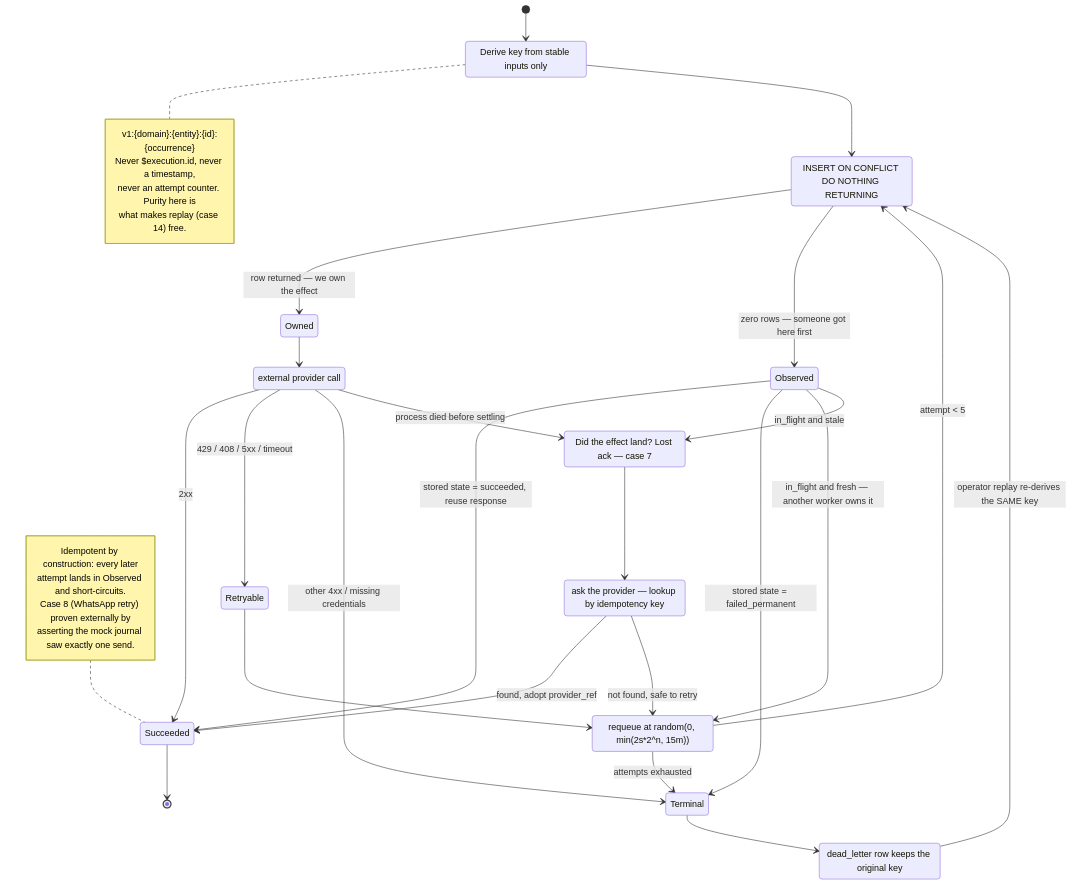
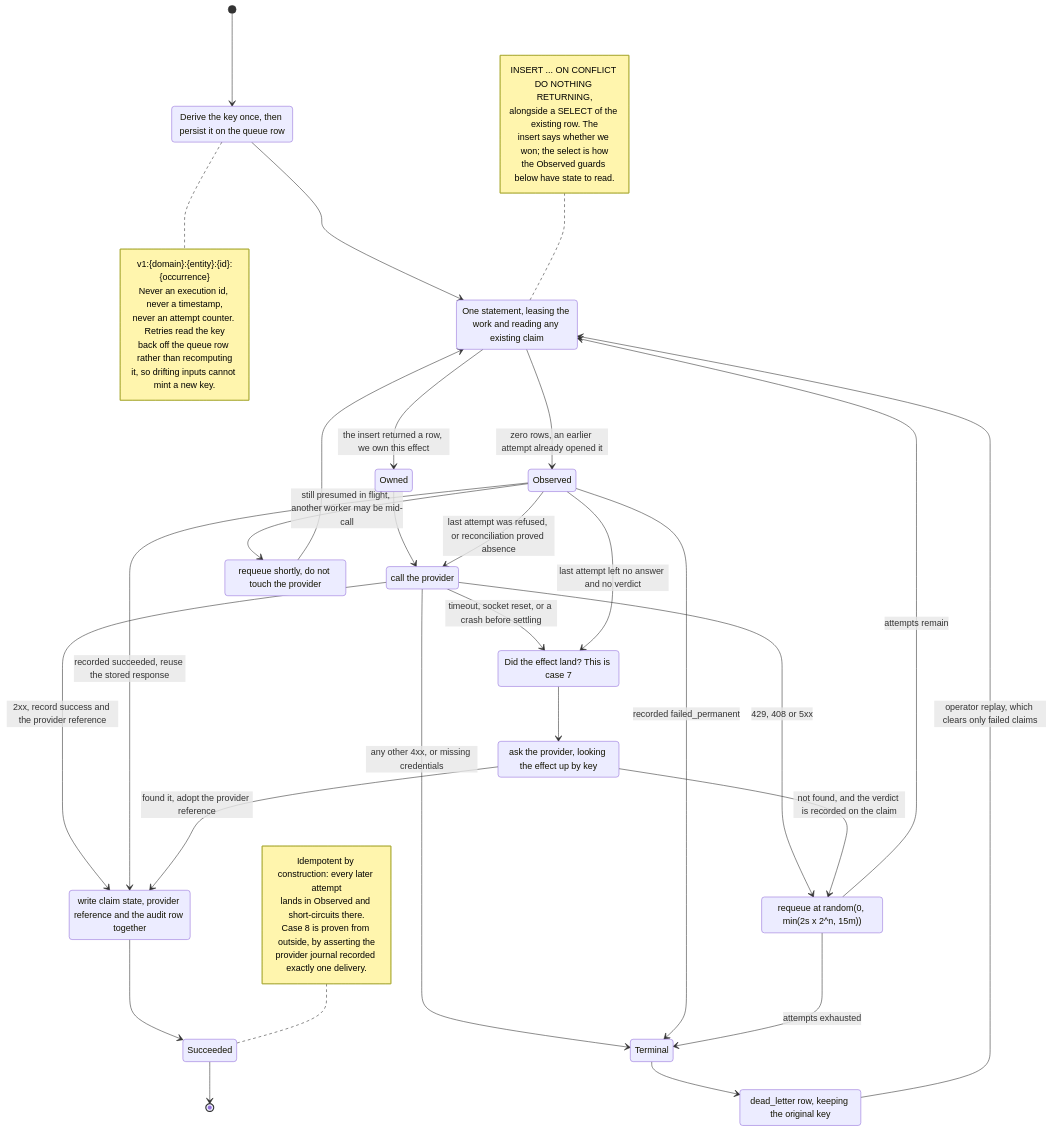
Before and after one commit to abokhalill/n8n: the diagram in 04_Architecture/idempotency-claim-lifecycle.mmd, drawn with Mermaid. The commit also changed 44 other files, not shown here.

Commit message:
fix: a send that times out was silently never delivered

```diff
--- a/04_Architecture/idempotency-claim-lifecycle.mmd
+++ b/04_Architecture/idempotency-claim-lifecycle.mmd
@@ -1,57 +1,72 @@
-%% Outbound effect lifecycle — the claim/commit/reconcile protocol.
-%% This is the mechanism behind edge cases 7, 8, 11 and 14.
+%% How one outbound effect is claimed, performed and settled. This is the mechanism
+%% behind edge cases 7, 8, 11 and 14, and it mirrors what wf-20 and wf-21 actually do.
+%% Guards out of Observed are evaluated in the order written, top to bottom.
 stateDiagram-v2
     direction TB
 
     [*] --> Deriving
 
-    Deriving: Derive key from stable inputs only
+    Deriving: Derive the key once, then persist it on the queue row
     note right of Deriving
       v1:{domain}:{entity}:{id}:{occurrence}
-      Never $execution.id, never a timestamp,
-      never an attempt counter. Purity here is
-      what makes replay (case 14) free.
+      Never an execution id, never a timestamp,
+      never an attempt counter. Retries read the key
+      back off the queue row rather than recomputing
+      it, so drifting inputs cannot mint a new key.
     end note
 
     Deriving --> Claiming
 
-    Claiming: INSERT ON CONFLICT DO NOTHING RETURNING
-    Claiming --> Owned: row returned — we own the effect
-    Claiming --> Observed: zero rows — someone got here first
+    Claiming: One statement, leasing the work and reading any existing claim
+    note left of Claiming
+      INSERT ... ON CONFLICT DO NOTHING RETURNING,
+      alongside a SELECT of the existing row. The
+      insert says whether we won; the select is how
+      the Observed guards below have state to read.
+    end note
+
+    Claiming --> Owned: the insert returned a row, we own this effect
+    Claiming --> Observed: zero rows, an earlier attempt already opened it
 
     Owned --> Calling
-    Calling: external provider call
 
-    Calling --> Succeeded: 2xx
-    Calling --> Retryable: 429 / 408 / 5xx / timeout
-    Calling --> Terminal: other 4xx / missing credentials
-    Calling --> Ambiguous: process died before settling
+    Calling: call the provider
+    Calling --> Settle: 2xx, record success and the provider reference
+    Calling --> Backoff: 429, 408 or 5xx
+    Calling --> Terminal: any other 4xx, or missing credentials
+    Calling --> Ambiguous: timeout, socket reset, or a crash before settling
 
-    Retryable --> Backoff
-    Backoff: requeue at random(0, min(2s*2^n, 15m))
-    Backoff --> Claiming: attempt < 5
+    Observed --> Settle: recorded succeeded, reuse the stored response
+    Observed --> Terminal: recorded failed_permanent
+    Observed --> Deferring: still presumed in flight, another worker may be mid-call
+    Observed --> Calling: last attempt was refused, or reconciliation proved absence
+    Observed --> Ambiguous: last attempt left no answer and no verdict
+
+    Deferring: requeue shortly, do not touch the provider
+    Deferring --> Claiming
+
+    Ambiguous: Did the effect land? This is case 7
+    Ambiguous --> Reconciling
+    Reconciling: ask the provider, looking the effect up by key
+    Reconciling --> Settle: found it, adopt the provider reference
+    Reconciling --> Backoff: not found, and the verdict is recorded on the claim
+
+    Backoff: requeue at random(0, min(2s x 2^n, 15m))
+    Backoff --> Claiming: attempts remain
     Backoff --> Terminal: attempts exhausted
 
-    Observed --> Succeeded: stored state = succeeded, reuse response
-    Observed --> Terminal: stored state = failed_permanent
-    Observed --> Backoff: in_flight and fresh — another worker owns it
-    Observed --> Ambiguous: in_flight and stale
-
-    Ambiguous: Did the effect land? Lost ack — case 7
-    Ambiguous --> Reconciling
-    Reconciling: ask the provider — lookup by idempotency key
-    Reconciling --> Succeeded: found, adopt provider_ref
-    Reconciling --> Backoff: not found, safe to retry
+    Settle: write claim state, provider reference and the audit row together
+    Settle --> Succeeded
 
     Terminal --> DeadLetter
-    DeadLetter: dead_letter row keeps the original key
-    DeadLetter --> Claiming: operator replay re-derives the SAME key
+    DeadLetter: dead_letter row, keeping the original key
+    DeadLetter --> Claiming: operator replay, which clears only failed claims
 
     Succeeded --> [*]
 
     note left of Succeeded
-      Idempotent by construction: every later
-      attempt lands in Observed and short-circuits.
-      Case 8 (WhatsApp retry) proven externally by
-      asserting the mock journal saw exactly one send.
+      Idempotent by construction: every later attempt
+      lands in Observed and short-circuits there.
+      Case 8 is proven from outside, by asserting the
+      provider journal recorded exactly one delivery.
     end note
```
